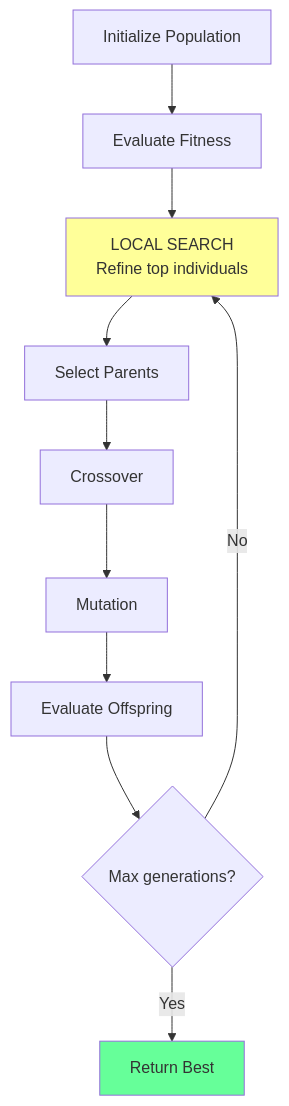
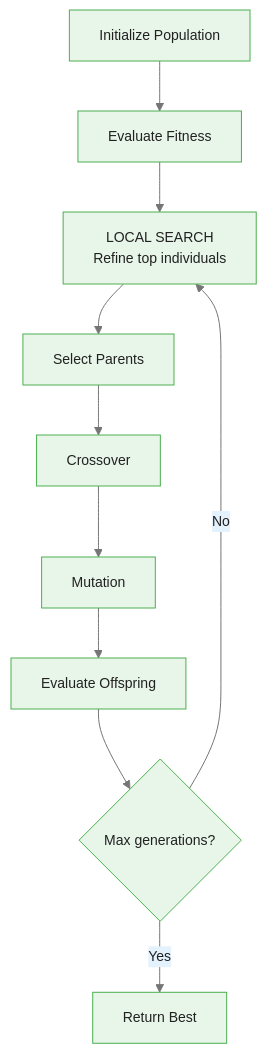
One commit to m-deane/course-creator changed the first of 2 diagrams in courses/genetic-algorithms-feature-selection/modules/module_05_advanced/guides/02_hybrid_methods_slides.md. Above: the diagram before and after it, drawn with Mermaid. The commit also changed other lines of this file and 52 other files, not shown here.

````diff
--- a/courses/genetic-algorithms-feature-selection/modules/module_05_advanced/guides/02_hybrid_methods_slides.md
+++ b/courses/genetic-algorithms-feature-selection/modules/module_05_advanced/guides/02_hybrid_methods_slides.md
@@ -43,14 +43,13 @@
 ```mermaid
+%%{init: {"theme": "base", "themeVariables": {"primaryColor": "#e8f5e9", "primaryBorderColor": "#4caf50", "primaryTextColor": "#212121", "secondaryColor": "#e3f2fd", "tertiaryColor": "#fff8e1", "lineColor": "#757575", "fontFamily": "Inter, sans-serif", "fontSize": "14px"}}}%%
 flowchart TD
     A["Initialize Population"] --> B["Evaluate Fitness"]
     B --> C["LOCAL SEARCH<br/>Refine top individuals"]
     C --> D["Select Parents"]
     D --> E["Crossover"]
     E --> F["Mutation"]
     F --> G["Evaluate Offspring"]
     G --> H{"Max generations?"}
     H -->|No| C
     H -->|Yes| I["Return Best"]
-    style C fill:#ff9
-    style I fill:#6f9
 ```
````
